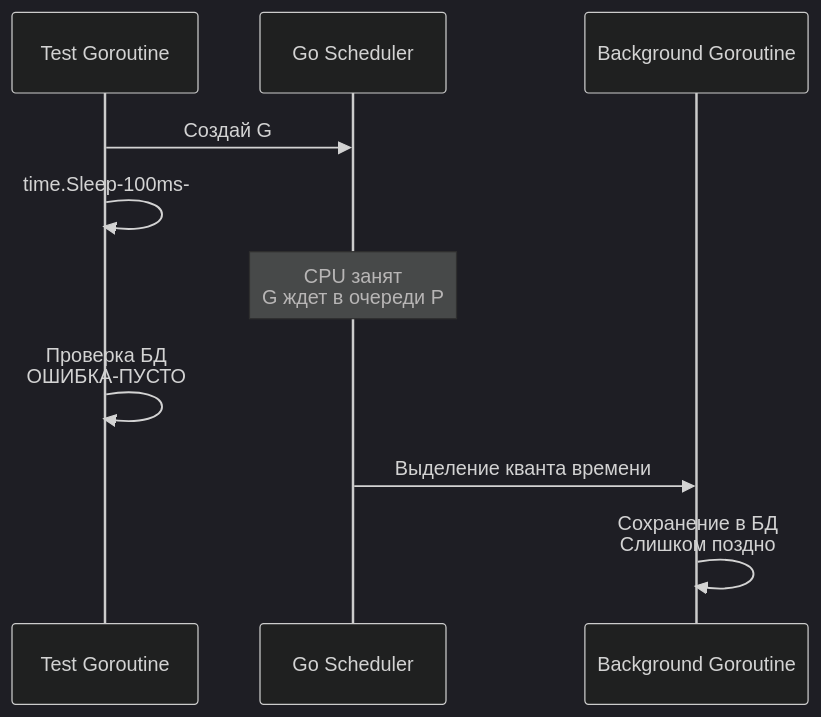
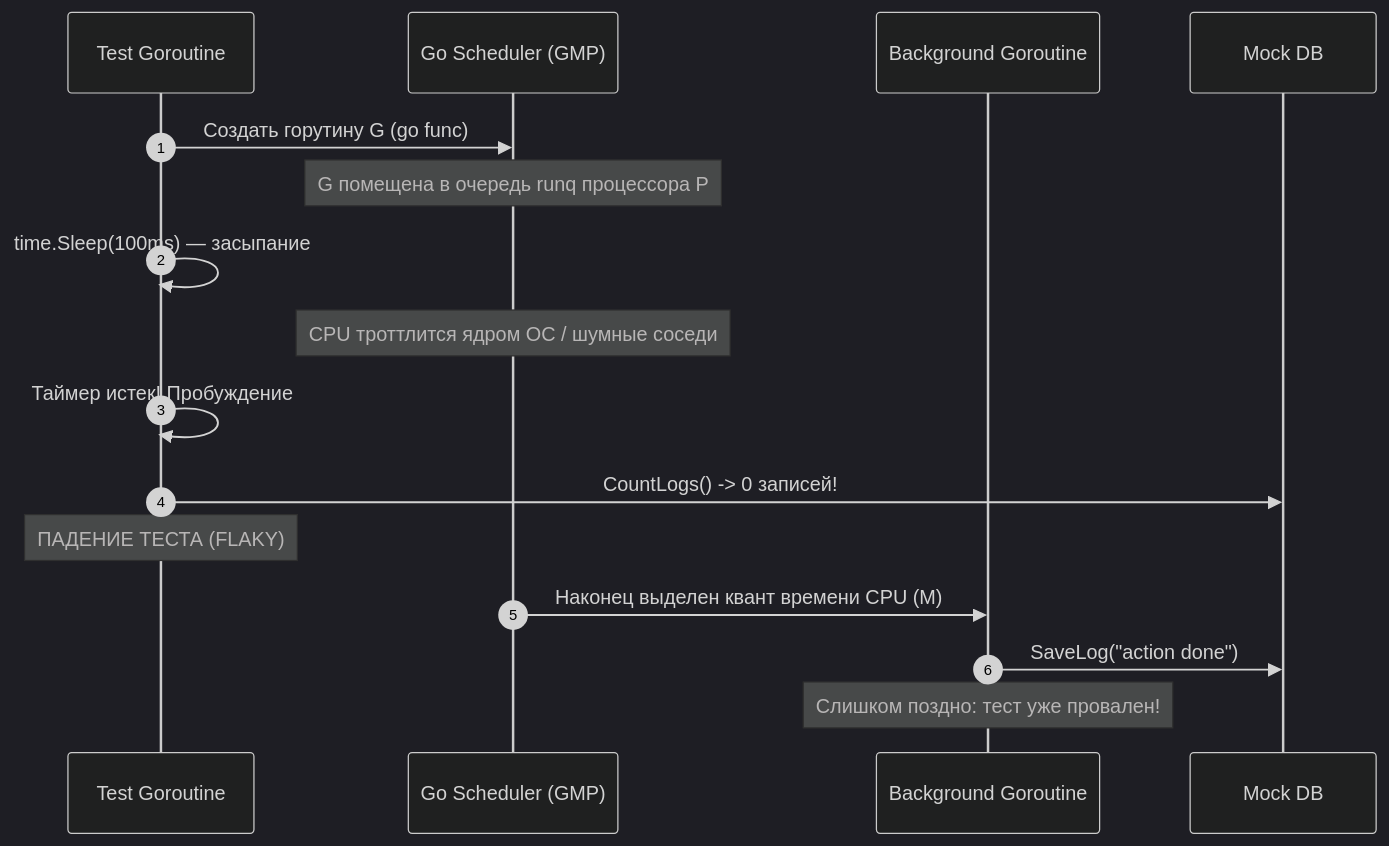
One commit to UnrealTemplier/go-textbook changed the second of 2 diagrams in sources/15. Тестирование в Go (QA & Testing)/01. Фундамент/5. Determinism и воспроизводимость.md. Above: the diagram before and after it, drawn with Mermaid (dark theme). The commit also changed other lines of this file, not shown here.

````diff
--- a/sources/15. Тестирование в Go (QA & Testing)/01. Фундамент/5. Determinism и воспроизводимость.md
+++ b/sources/15. Тестирование в Go (QA & Testing)/01. Фундамент/5. Determinism и воспроизводимость.md
@@ -92,13 +151,19 @@
 ```mermaid
 sequenceDiagram
+    autonumber
     participant T as Test Goroutine
-    participant S as Go Scheduler
+    participant S as Go Scheduler (GMP)
     participant G as Background Goroutine
+    participant DB as Mock DB
 
-    T->>S: Создай G
-    T->>T: time.Sleep-100ms-
-    Note over S: CPU занят<br>G ждет в очереди P
-    T->>T: Проверка БД<br>ОШИБКА-ПУСТО
-    S->>G: Выделение кванта времени
-    G->>G: Сохранение в БД<br>Слишком поздно
+    T->>S: Создать горутину G (go func)
+    Note over S: G помещена в очередь runq процессора P
+    T->>T: time.Sleep(100ms) — засыпание
+    Note over S: CPU троттлится ядром ОС / шумные соседи
+    T->>T: Таймер истек! Пробуждение
+    T->>DB: CountLogs() -> 0 записей!
+    Note over T: ПАДЕНИЕ ТЕСТА (FLAKY)
+    S->>G: Наконец выделен квант времени CPU (M)
+    G->>DB: SaveLog("action done")
+    Note over G: Слишком поздно: тест уже провален!
 ```
````
